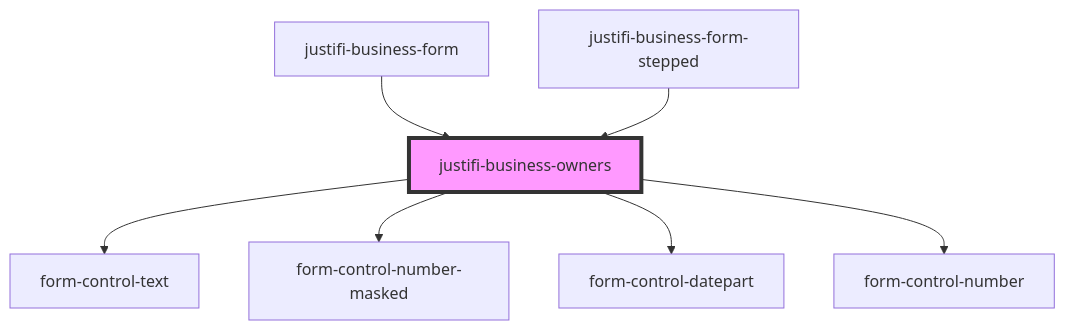
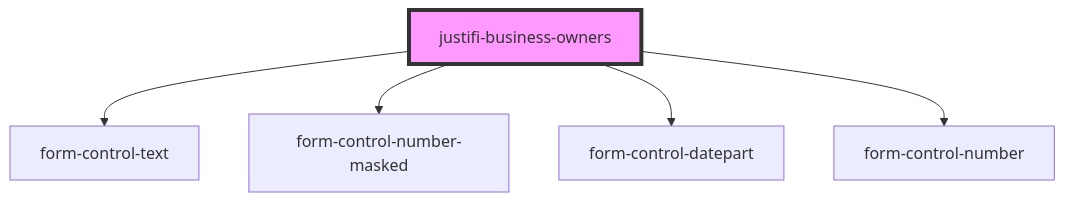
One commit to justifi-tech/web-component-library changed the diagram in packages/webcomponents/src/components/business-form/business-owners/readme.md. Above: the diagram before and after it, drawn with Mermaid. The commit also changed other lines of this file and 22 other files, not shown here.

````diff
--- a/packages/webcomponents/src/components/business-form/business-owners/readme.md
+++ b/packages/webcomponents/src/components/business-form/business-owners/readme.md
@@ -30,10 +25,8 @@
 ```mermaid
 graph TD;
   justifi-business-owners --> form-control-text
   justifi-business-owners --> form-control-number-masked
   justifi-business-owners --> form-control-datepart
   justifi-business-owners --> form-control-number
-  justifi-business-form --> justifi-business-owners
-  justifi-business-form-stepped --> justifi-business-owners
   style justifi-business-owners fill:#f9f,stroke:#333,stroke-width:4px
 ```
````
